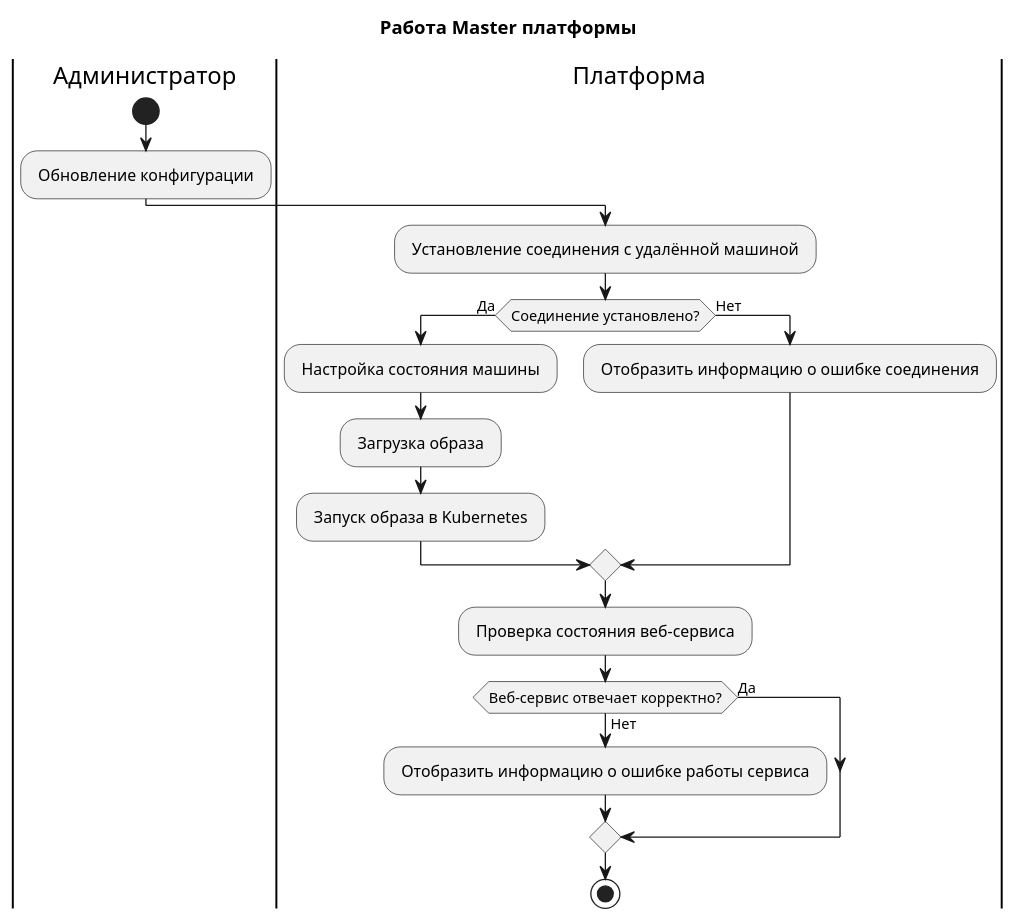
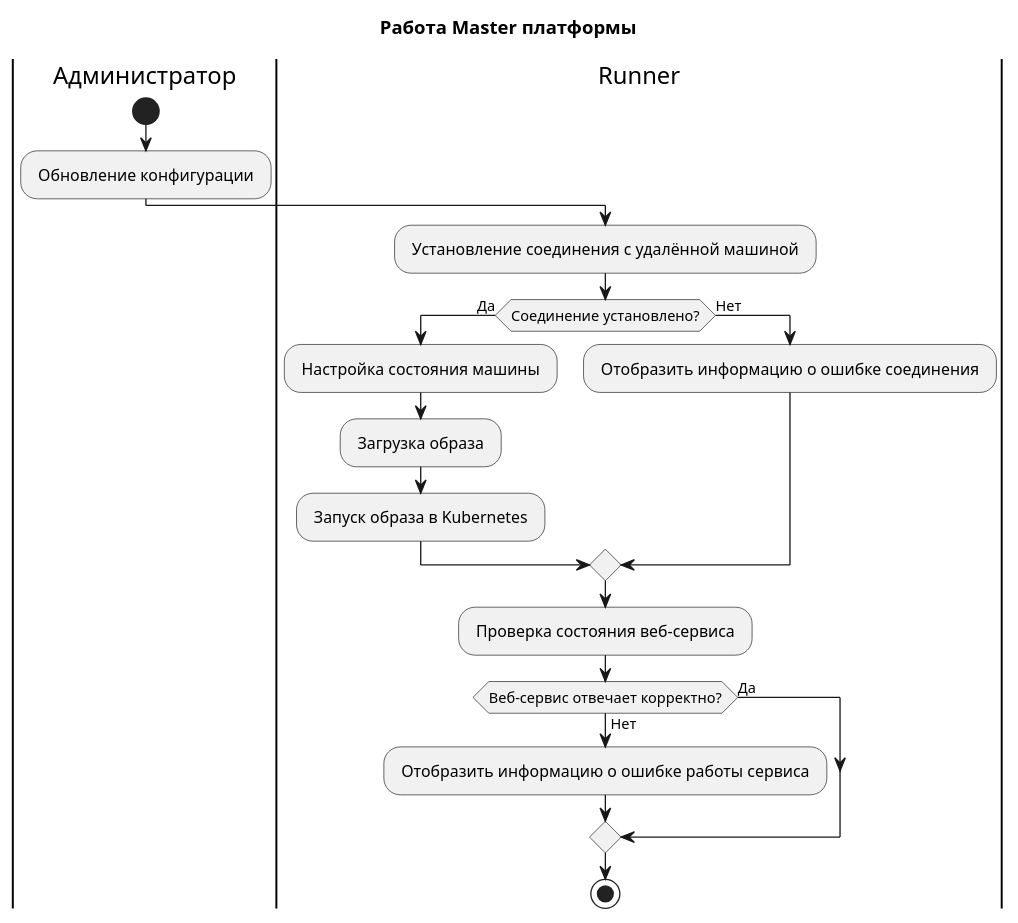
The diagram in Диаграммы/Activity диаграмма 2.wsd (AntSib/prog-tools-uml), drawn with PlantUML before and after one commit. The commit also changed 3 other files, not shown here.

```diff
--- a/Диаграммы/Activity диаграмма 2.wsd
+++ b/Диаграммы/Activity диаграмма 2.wsd
@@ -1,28 +1,28 @@
 @startuml Работа Master платформы
 
 title Работа Master платформы
 
 |Администратор|
 start
 : Обновление конфигурации ;
 
-|Платформа|
+|Runner|
 : Установление соединения с удалённой машиной ;
 if (Соединение установлено?) then (Да)
     : Настройка состояния машины ;
     : Загрузка образа ;
     : Запуск образа в Kubernetes ;
 else (Нет)
     : Отобразить информацию о ошибке соединения ;
 endif
 
 : Проверка состояния веб-сервиса ;
 
 if (Веб-сервис отвечает корректно?) then (Да)
 else (Нет)
     : Отобразить информацию о ошибке работы сервиса ;
 endif
 
 stop
 
 @enduml
```
